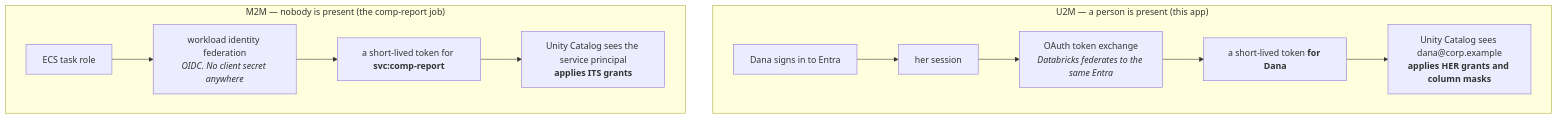
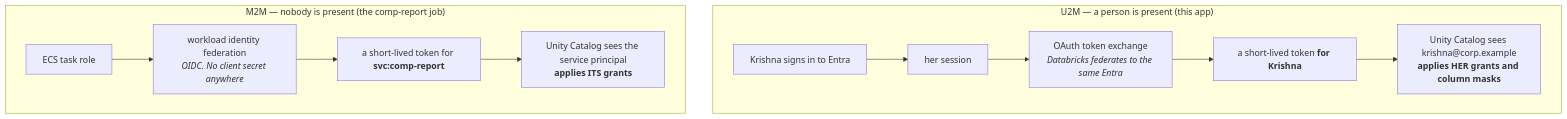
One commit to KRISHNABR/insights-headcount-dashboard changed the third of 3 diagrams in README.md. Above: the diagram before and after it, drawn with Mermaid. The commit also changed other lines of this file, not shown here.

First line of the commit message:
Rename the demo user Dana Okafor to Krishna Murari

````diff
--- a/README.md
+++ b/README.md
@@ -209,15 +209,15 @@
 ```mermaid
 flowchart TB
   subgraph U["U2M — a person is present (this app)"]
-    UA["Dana signs in to Entra"] --> UB["her session"]
+    UA["Krishna signs in to Entra"] --> UB["her session"]
     UB --> UC1["OAuth token exchange<br/><i>Databricks federates to the same Entra</i>"]
-    UC1 --> UD["a short-lived token <b>for Dana</b>"]
-    UD --> UE["Unity Catalog sees dana@corp.example<br/><b>applies HER grants and column masks</b>"]
+    UC1 --> UD["a short-lived token <b>for Krishna</b>"]
+    UD --> UE["Unity Catalog sees krishna@corp.example<br/><b>applies HER grants and column masks</b>"]
   end
 
   subgraph M["M2M — nobody is present (the comp-report job)"]
     MA["ECS task role"] --> MB["workload identity federation<br/><i>OIDC. No client secret anywhere</i>"]
     MB --> MC["a short-lived token for <b>svc:comp-report</b>"]
     MC --> MD["Unity Catalog sees the service principal<br/><b>applies ITS grants</b>"]
   end
 ```
````
